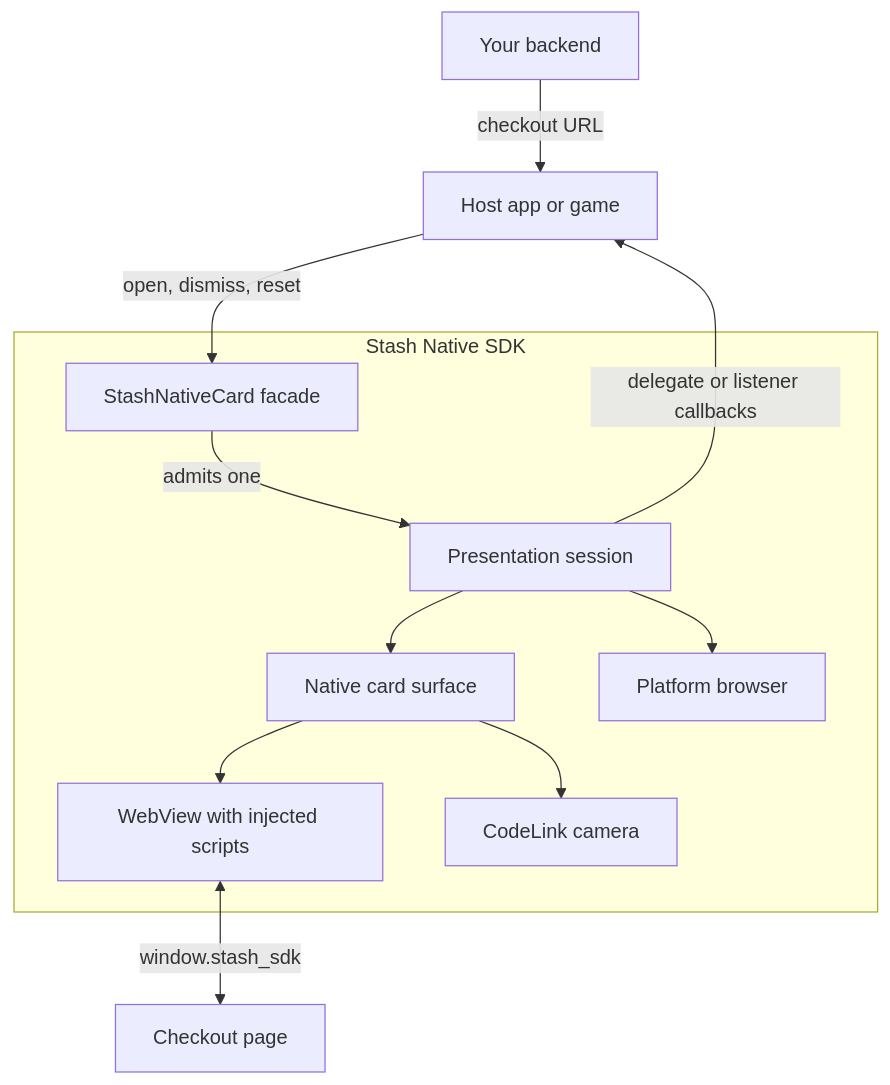
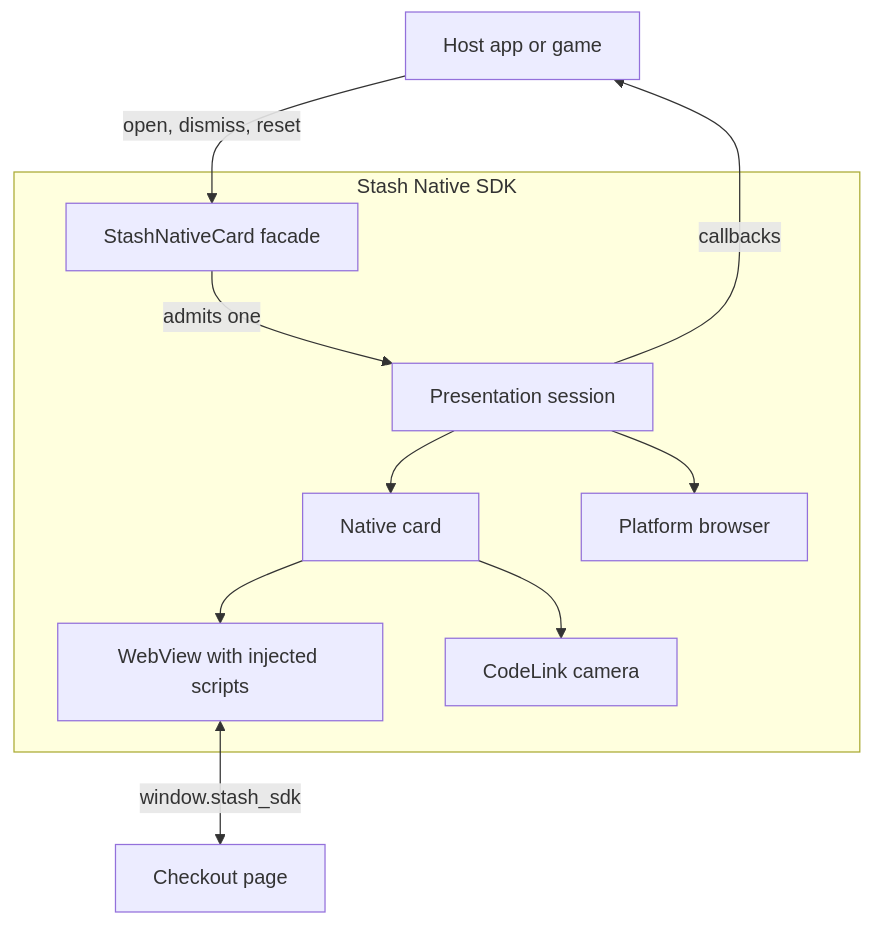
One commit to stashgg/stash-native changed the first of 4 diagrams in docs/architecture/index.md. Above: the diagram before and after it, drawn with Mermaid. The commit also changed other lines of this file and 19 other files, not shown here.

First line of the commit message:
[docs] Restructure docs into Overview, Usage, and Platform Architecture

````diff
--- a/docs/architecture/index.md
+++ b/docs/architecture/index.md
@@ -16,25 +14,23 @@
 ```mermaid
 flowchart TB
     App[Host app or game]
-    Backend[Your backend]
     Page[Checkout page]
 
     subgraph SDK [Stash Native SDK]
         Facade[StashNativeCard facade]
         Session[Presentation session]
-        Surface[Native card surface]
+        Surface[Native card]
         Web[WebView with injected scripts]
         Camera[CodeLink camera]
         Browser[Platform browser]
     end
 
-    Backend -->|checkout URL| App
     App -->|open, dismiss, reset| Facade
     Facade -->|admits one| Session
     Session --> Surface
     Surface --> Web
     Surface --> Camera
     Session --> Browser
     Web <-->|window.stash_sdk| Page
-    Session -->|delegate or listener callbacks| App
+    Session -->|callbacks| App
 ```
````
